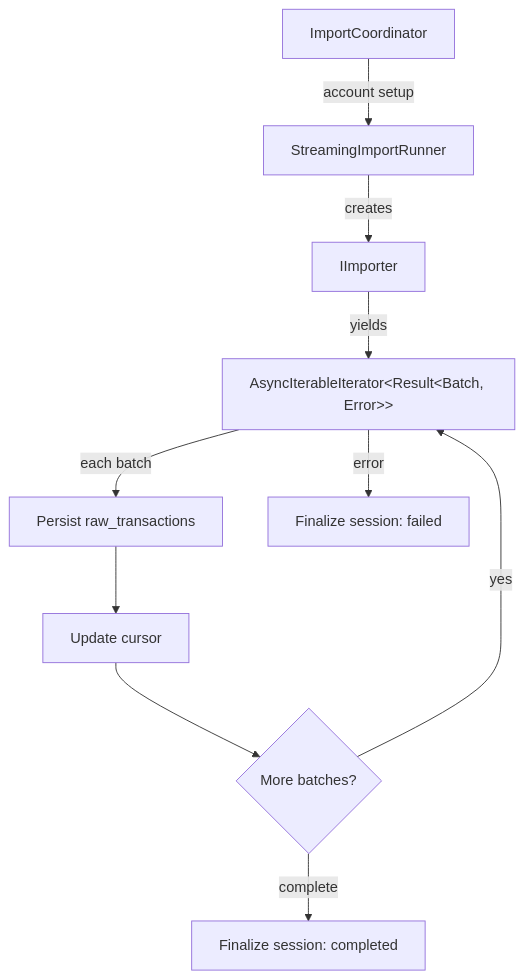
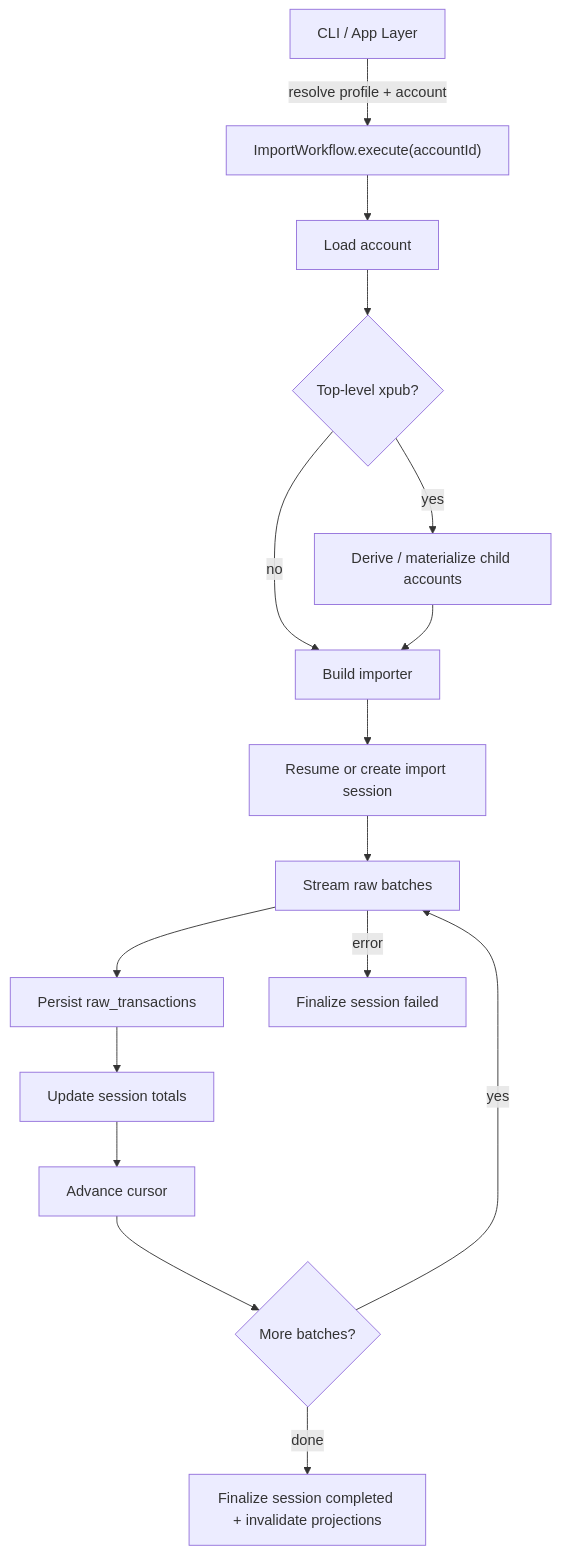
Before and after one commit to jbelanger/exitbook: the diagram in docs/architecture/import-pipeline.md, drawn with Mermaid. The commit also changed other lines of this file and 50 other files, not shown here.

Commit message:
Remove legacy account import compatibility and refresh docs

````diff
--- a/docs/architecture/import-pipeline.md
+++ b/docs/architecture/import-pipeline.md
@@ -17,12 +24,18 @@
 ```mermaid
 graph TD
-    A[ImportCoordinator] -->|account setup| B[StreamingImportRunner]
-    B -->|creates| C[IImporter]
-    C -->|yields| D["AsyncIterableIterator&lt;Result&lt;Batch, Error&gt;&gt;"]
-    D -->|each batch| E[Persist raw_transactions]
-    E --> F[Update cursor]
-    F --> G{More batches?}
-    G -->|yes| D
-    G -->|complete| H[Finalize session: completed]
-    D -->|error| I[Finalize session: failed]
+    A["CLI / App Layer"] -->|resolve profile + account| B["ImportWorkflow.execute(accountId)"]
+    B --> C["Load account"]
+    C --> D{"Top-level xpub?"}
+    D -->|yes| E["Derive / materialize child accounts"]
+    D -->|no| F["Build importer"]
+    E --> F
+    F --> G["Resume or create import session"]
+    G --> H["Stream raw batches"]
+    H --> I["Persist raw_transactions"]
+    I --> J["Update session totals"]
+    J --> K["Advance cursor"]
+    K --> L{"More batches?"}
+    L -->|yes| H
+    L -->|done| M["Finalize session completed + invalidate projections"]
+    H -->|error| N["Finalize session failed"]
 ```
````
